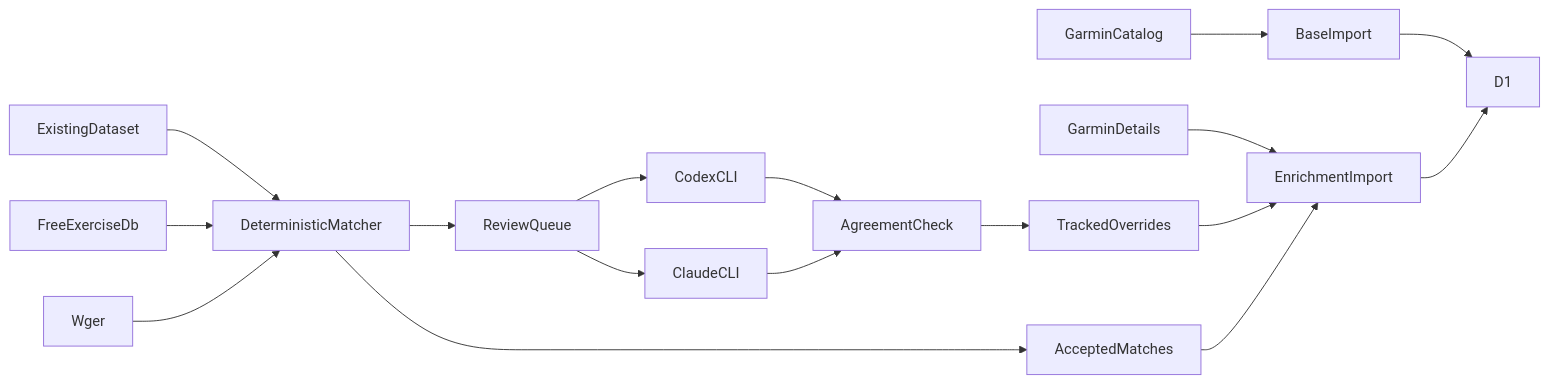
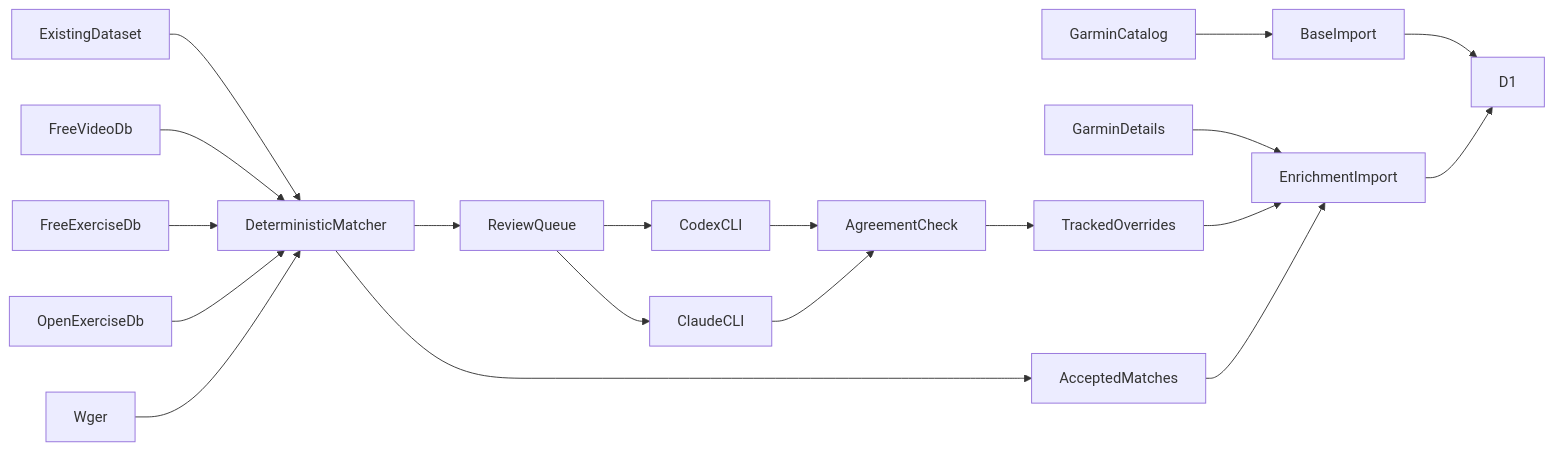
Before and after one commit to ballooncross/xiaomi: the diagram in docs/exercise-enrichment.md, drawn with Mermaid. The commit also changed other lines of this file and 3 other files, not shown here.

````diff
--- a/docs/exercise-enrichment.md
+++ b/docs/exercise-enrichment.md
@@ -18,19 +20,21 @@
 ```mermaid
 flowchart LR
   GarminCatalog[GarminCatalog] --> BaseImport[BaseImport]
   GarminDetails[GarminDetails] --> Enrichment[EnrichmentImport]
   ExistingDataset[ExistingDataset] --> Matcher[DeterministicMatcher]
+  FreeVideoDb[FreeVideoDb] --> Matcher
   FreeExerciseDb[FreeExerciseDb] --> Matcher
+  OpenExerciseDb[OpenExerciseDb] --> Matcher
   Wger[Wger] --> Matcher
   Matcher --> Accepted[AcceptedMatches]
   Matcher --> ReviewQueue[ReviewQueue]
   ReviewQueue --> CodexCli[CodexCLI]
   ReviewQueue --> ClaudeCli[ClaudeCLI]
   CodexCli --> Agreement[AgreementCheck]
   ClaudeCli --> Agreement
   Agreement --> Overrides[TrackedOverrides]
   Overrides --> Enrichment
   BaseImport --> D1[D1]
   Accepted --> Enrichment
   Enrichment --> D1
 ```
````
